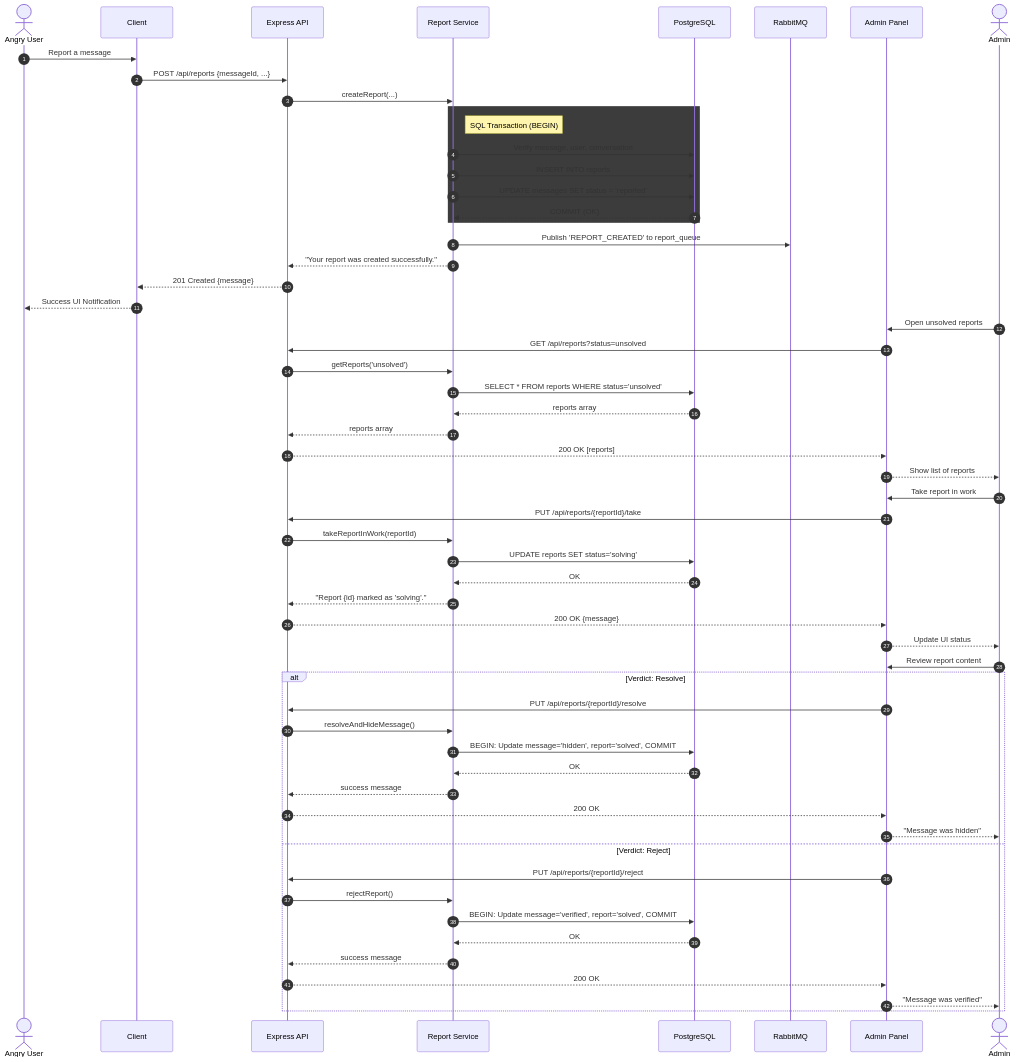
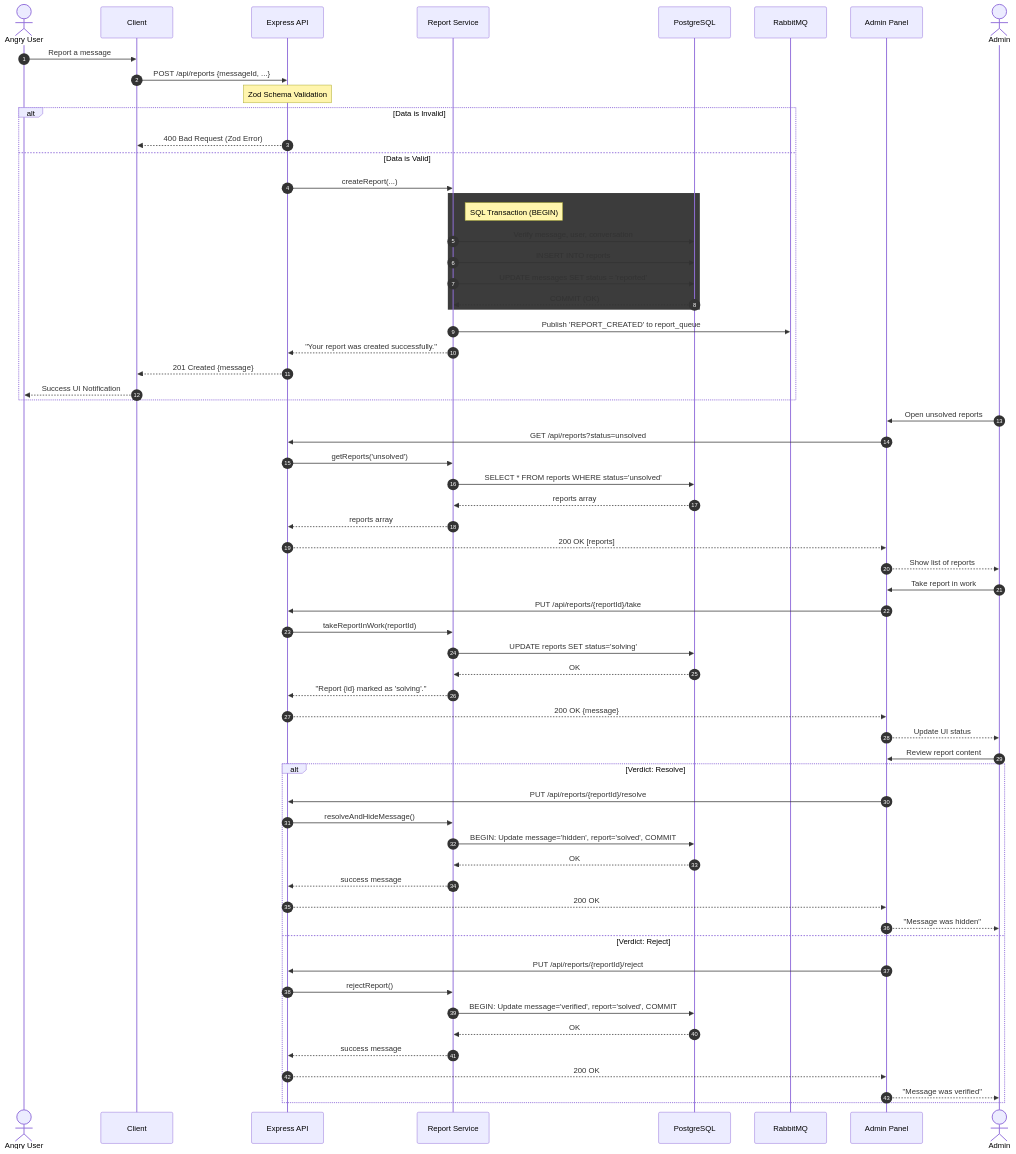
Before and after one commit to Am0rr/Messenger-api-prototype: the second of 3 diagrams in README.md, drawn with Mermaid. The commit also changed other lines of this file, not shown here.

````diff
--- a/README.md
+++ b/README.md
@@ -126,68 +136,74 @@
 ```mermaid
 sequenceDiagram
     autonumber
 
     actor User as Angry User
     participant Client
     participant API as Express API
     participant Service as Report Service
     participant DB as PostgreSQL
     participant MQ as RabbitMQ
     participant AP as Admin Panel
     actor Admin
 
     User->>Client: Report a message
     Client->>API: POST /api/reports {messageId, ...}
-    API->>Service: createReport(...)
     
-    rect rgb(60, 60, 60)
-    Note right of Service: SQL Transaction (BEGIN)
-    Service->>DB: Verify message, user, conversation
-    Service->>DB: INSERT INTO reports
-    Service->>DB: UPDATE messages SET status = 'reported'
-    DB-->>Service: COMMIT (OK)
+    Note over API: Zod Schema Validation
+    alt Data is Invalid
+        API-->>Client: 400 Bad Request (Zod Error)
+    else Data is Valid
+        API->>Service: createReport(...)
+        
+        rect rgb(60, 60, 60)
+        Note right of Service: SQL Transaction (BEGIN)
+        Service->>DB: Verify message, user, conversation
+        Service->>DB: INSERT INTO reports
+        Service->>DB: UPDATE messages SET status = 'reported'
+        DB-->>Service: COMMIT (OK)
+        end
+        
+        Service->>MQ: Publish 'REPORT_CREATED' to report_queue
+        Service-->>API: "Your report was created successfully."
+        API-->>Client: 201 Created {message}
+        Client-->>User: Success UI Notification
     end
-    
-    Service->>MQ: Publish 'REPORT_CREATED' to report_queue
-    Service-->>API: "Your report was created successfully."
-    API-->>Client: 201 Created {message}
-    Client-->>User: Success UI Notification
 
     Admin->>AP: Open unsolved reports
     AP->>API: GET /api/reports?status=unsolved
     API->>Service: getReports('unsolved')
     Service->>DB: SELECT * FROM reports WHERE status='unsolved'
     DB-->>Service: reports array
     Service-->>API: reports array
     API-->>AP: 200 OK [reports]
     AP-->>Admin: Show list of reports
 
     Admin->>AP: Take report in work
     AP->>API: PUT /api/reports/{reportId}/take
     API->>Service: takeReportInWork(reportId)
     Service->>DB: UPDATE reports SET status='solving'
     DB-->>Service: OK
     Service-->>API: "Report {id} marked as 'solving'."
     API-->>AP: 200 OK {message}
     AP-->>Admin: Update UI status
 
     Admin->>AP: Review report content
     
     alt Verdict: Resolve
         AP->>API: PUT /api/reports/{reportId}/resolve
         API->>Service: resolveAndHideMessage()
         Service->>DB: BEGIN: Update message='hidden', report='solved', COMMIT
         DB-->>Service: OK
         Service-->>API: success message
         API-->>AP: 200 OK
         AP-->>Admin: "Message was hidden"
     else Verdict: Reject
         AP->>API: PUT /api/reports/{reportId}/reject
         API->>Service: rejectReport()
         Service->>DB: BEGIN: Update message='verified', report='solved', COMMIT
         DB-->>Service: OK
         Service-->>API: success message
         API-->>AP: 200 OK
         AP-->>Admin: "Message was verified"
     end
 ```
````
